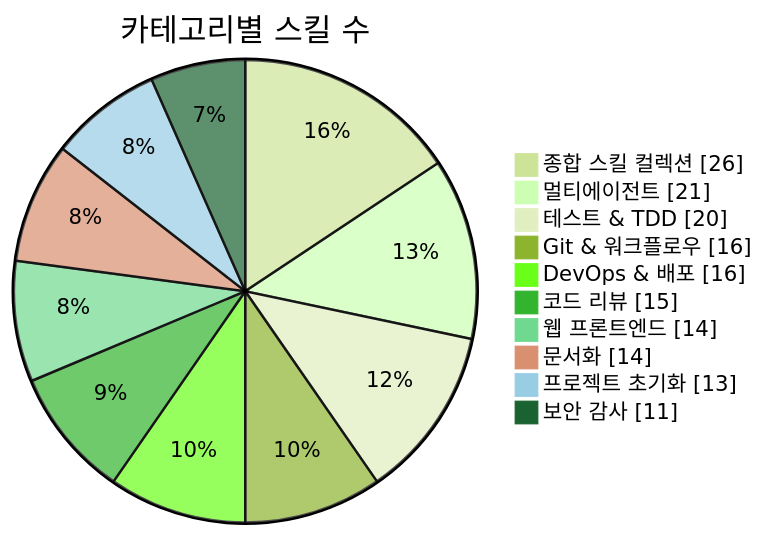
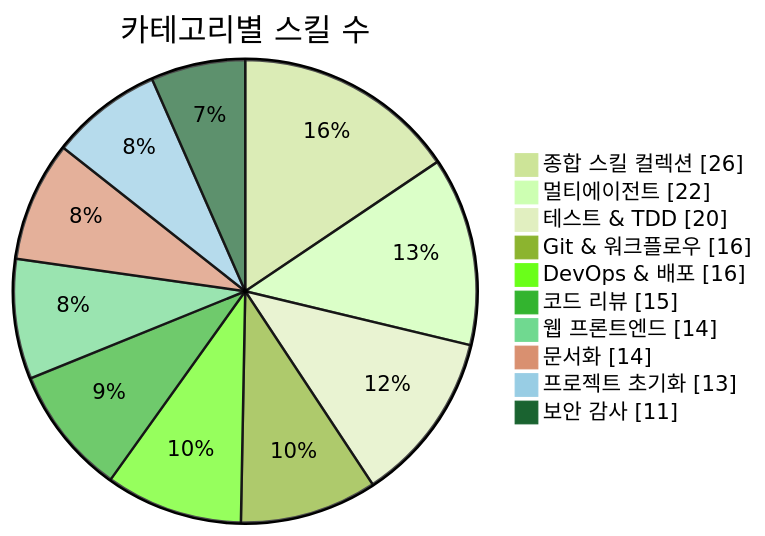
The first of 3 diagrams in README.md (J-nowcow/awesome-korean-agent-skills), drawn with Mermaid (forest theme) before and after one commit. The commit also changed other lines of this file and 4 other files, not shown here.

````diff
--- a/README.md
+++ b/README.md
@@ -176,14 +176,14 @@
 ```mermaid
 pie showData
     title 카테고리별 스킬 수
     "종합 스킬 컬렉션" : 26
-    "멀티에이전트" : 21
+    "멀티에이전트" : 22
     "테스트 & TDD" : 20
     "Git & 워크플로우" : 16
     "DevOps & 배포" : 16
     "코드 리뷰" : 15
     "웹 프론트엔드" : 14
     "문서화" : 14
     "프로젝트 초기화" : 13
     "보안 감사" : 11
 ```
````
